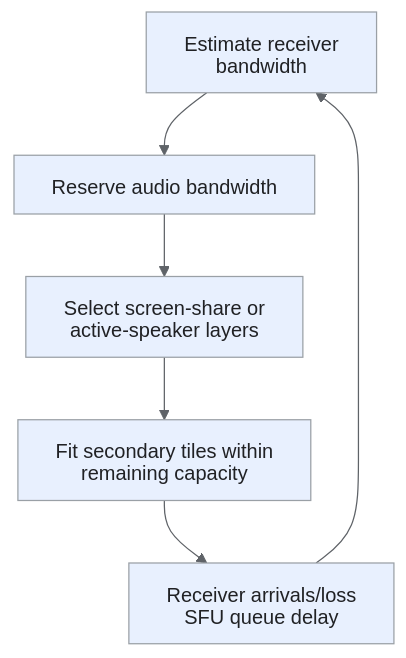
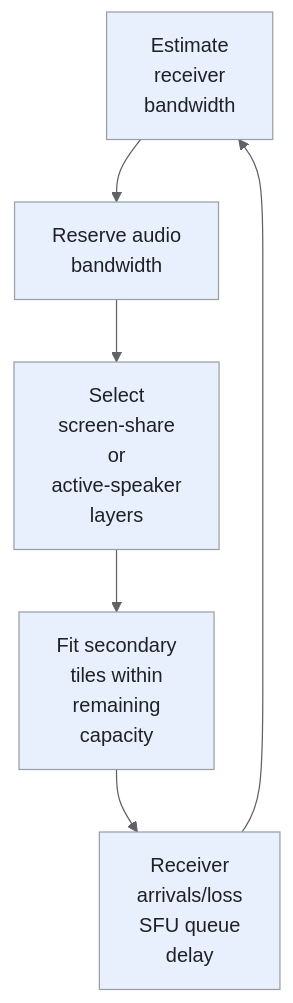
The eighth of 10 diagrams in _designs/system-design-video-conferencing-zoom.md (iliazlobin/iliazlobin.github.io), drawn with Mermaid before and after one commit. The commit also changed other lines of this file and 116 other files, not shown here.

````diff
--- a/_designs/system-design-video-conferencing-zoom.md
+++ b/_designs/system-design-video-conferencing-zoom.md
@@ -484,14 +492,14 @@
 ```mermaid
-%%{init: {'theme':'base','htmlLabels':false,'flowchart':{'htmlLabels':false},'themeVariables':{'fontFamily':'Arial, sans-serif','primaryColor':'#e8f0fe','primaryTextColor':'#202124','primaryBorderColor':'#9aa0a6','lineColor':'#5f6368','secondaryColor':'#e6f4ea','tertiaryColor':'#fef7e0','actorBkg':'#e8f0fe','actorBorder':'#9aa0a6','actorTextColor':'#202124','noteBkgColor':'#fef7e0','noteTextColor':'#202124','noteBorderColor':'#9aa0a6','signalColor':'#5f6368','signalTextColor':'#202124','labelBoxBkgColor':'#fef7e0','labelBoxBorderColor':'#9aa0a6'}}}%%
+%%{init: {"theme":"base","themeVariables":{"primaryColor":"#e8f0fe","primaryBorderColor":"#9aa0a6","primaryTextColor":"#202124","secondaryColor":"#e6f4ea","tertiaryColor":"#fef7e0","lineColor":"#5f6368","actorBkg":"#e8f0fe","actorBorder":"#9aa0a6","actorTextColor":"#202124","noteBkgColor":"#fef7e0","noteBorderColor":"#9aa0a6","noteTextColor":"#202124","signalColor":"#5f6368","signalTextColor":"#202124"}}}%%
 flowchart TB
-  B["Estimate receiver bandwidth"] --> A["Reserve audio bandwidth"]
-  A --> P["Select screen-share or active-speaker layers"]
-  P --> T["Fit secondary tiles within remaining capacity"]
-  T --> F["Receiver arrivals/loss<br>SFU queue delay"]
+  B["Estimate<br>receiver<br>bandwidth"] --> A["Reserve audio<br>bandwidth"]
+  A --> P["Select<br>screen-share<br>or<br>active-speaker<br>layers"]
+  P --> T["Fit secondary<br>tiles within<br>remaining<br>capacity"]
+  T --> F["Receiver<br>arrivals/loss<br>SFU queue<br>delay"]
   F --> B
 classDef request fill:#e8f0fe,stroke:#9aa0a6,color:#202124;
 classDef data fill:#e6f4ea,stroke:#9aa0a6,color:#202124;
 classDef control fill:#fef7e0,stroke:#9aa0a6,color:#202124;
 classDef danger fill:#fce8e6,stroke:#9aa0a6,color:#202124;
 class B,A,P,T,F request;
 ```
````
